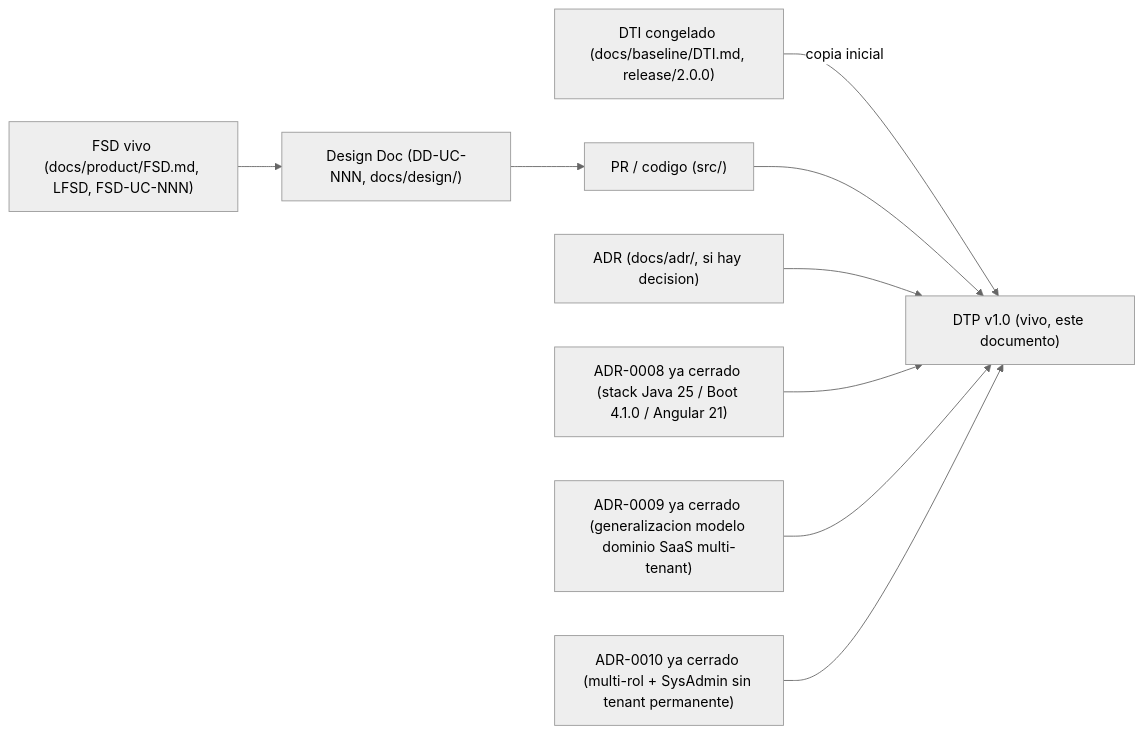
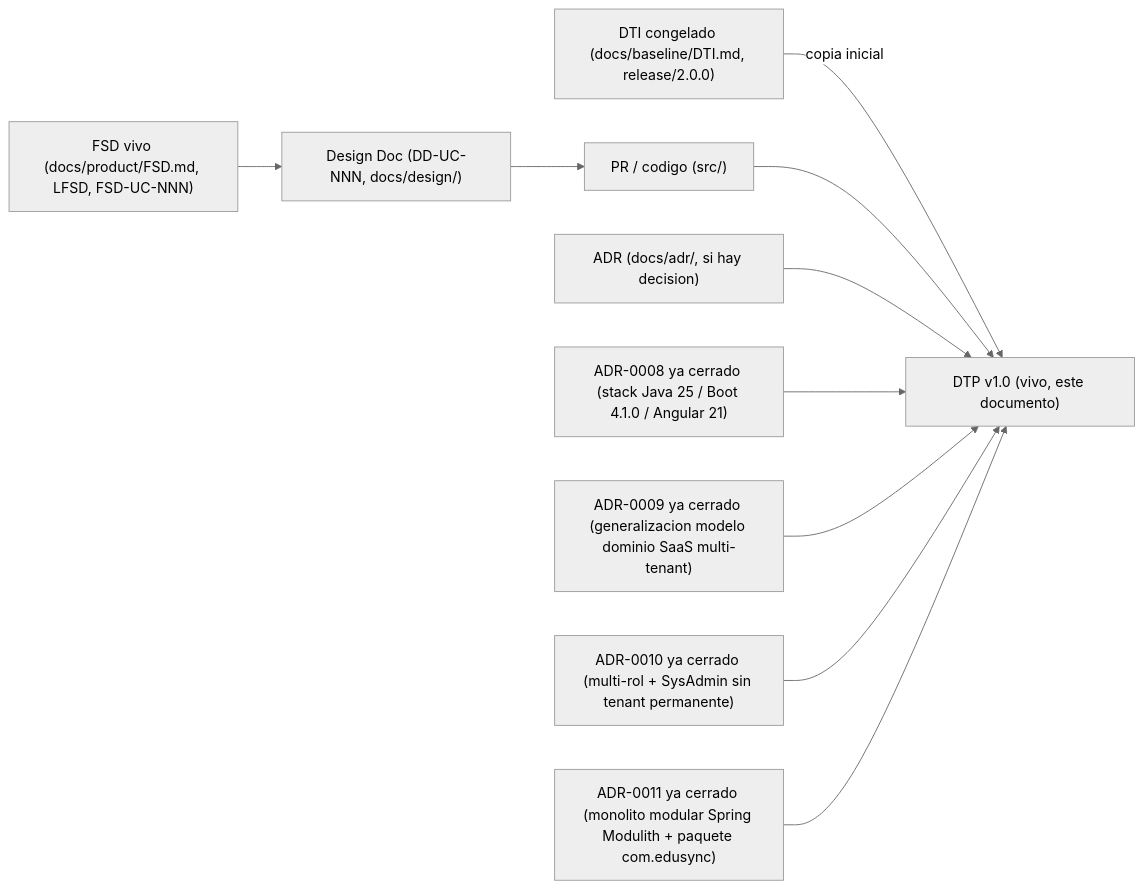
One commit to aspeti/edusync_m4 changed the diagram in docs/product/DTP.md. Above: the diagram before and after it, drawn with Mermaid (neutral theme). The commit also changed other lines of this file and 6 other files, not shown here.

````diff
--- a/docs/product/DTP.md
+++ b/docs/product/DTP.md
@@ -46,11 +46,12 @@
 ```mermaid
 flowchart LR
   DTI["DTI congelado (docs/baseline/DTI.md, release/2.0.0)"] -->|copia inicial| DTP["DTP v1.0 (vivo, este documento)"]
   FSDv["FSD vivo (docs/product/FSD.md, LFSD, FSD-UC-NNN)"] --> DD["Design Doc (DD-UC-NNN, docs/design/)"]
   DD --> Code["PR / codigo (src/)"]
   Code --> DTP
   ADR["ADR (docs/adr/, si hay decision)"] --> DTP
   ADR8["ADR-0008 ya cerrado (stack Java 25 / Boot 4.1.0 / Angular 21)"] --> DTP
   ADR9["ADR-0009 ya cerrado (generalizacion modelo dominio SaaS multi-tenant)"] --> DTP
   ADR10["ADR-0010 ya cerrado (multi-rol + SysAdmin sin tenant permanente)"] --> DTP
+  ADR11["ADR-0011 ya cerrado (monolito modular Spring Modulith + paquete com.edusync)"] --> DTP
 ```
````
